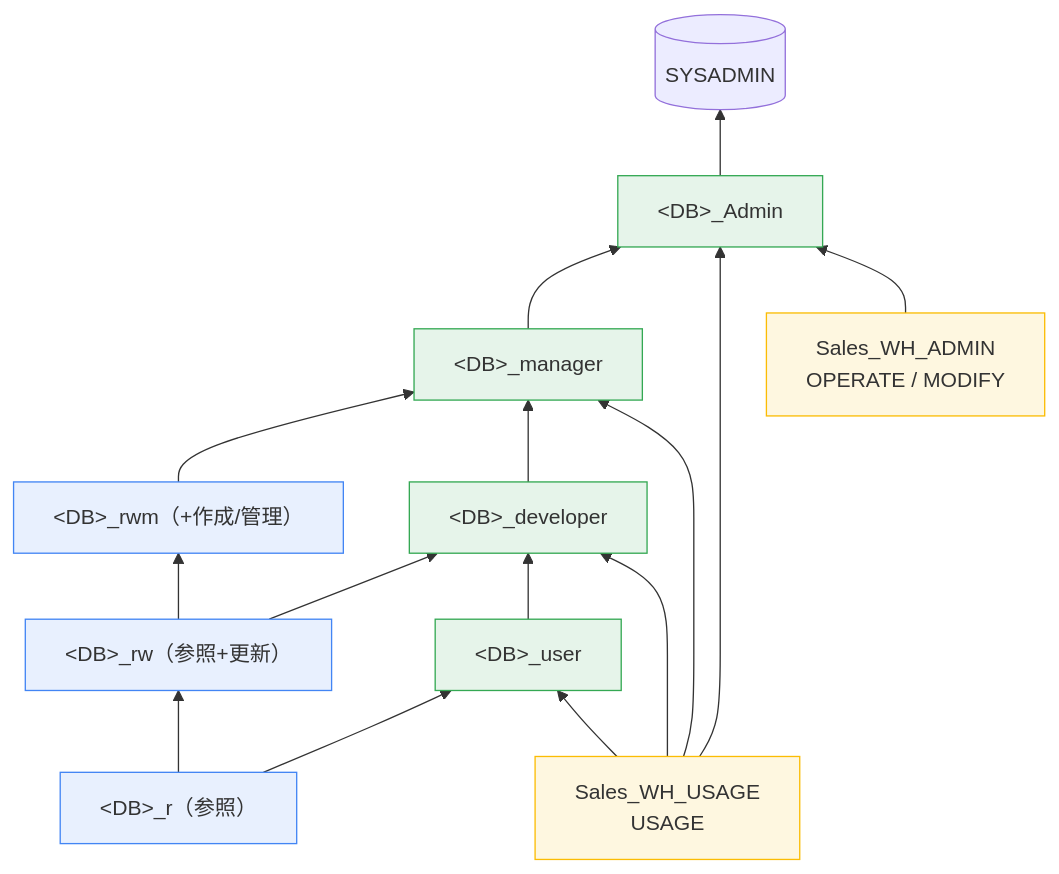
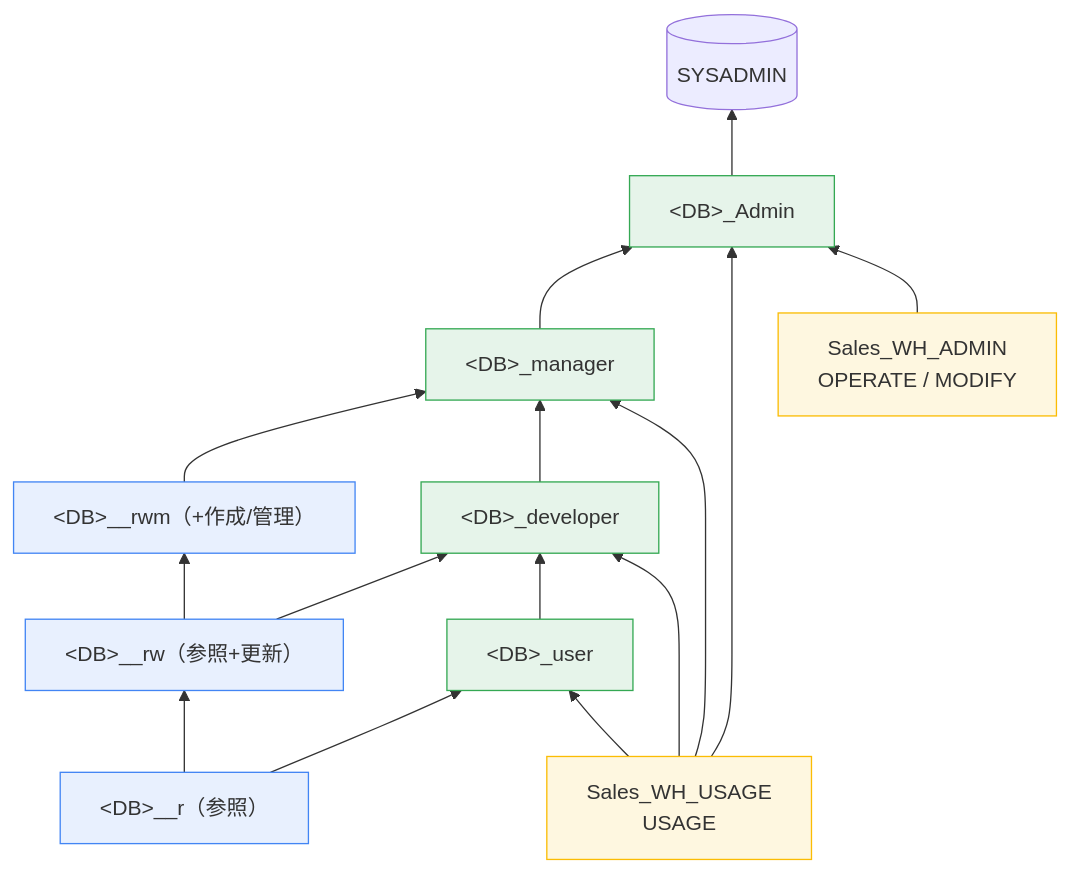
The fourth of 7 diagrams in Snowflake/構成.md (Rihito1024/fujitech_Snowflake_PoC), drawn with Mermaid before and after one commit. The commit also changed other lines of this file and 7 other files, not shown here.

````diff
--- a/Snowflake/構成.md
+++ b/Snowflake/構成.md
@@ -119,24 +119,24 @@
 ```mermaid
 flowchart BT
-    R["&lt;DB&gt;_r（参照）"] --> RW["&lt;DB&gt;_rw（参照+更新）"] --> RWM["&lt;DB&gt;_rwm（+作成/管理）"]
+    R["&lt;DB&gt;__r（参照）"] --> RW["&lt;DB&gt;__rw（参照+更新）"] --> RWM["&lt;DB&gt;__rwm（+作成/管理）"]
 
     R --> USER["&lt;DB&gt;_user"]
     RW --> DEV["&lt;DB&gt;_developer"]
     RWM --> MGR["&lt;DB&gt;_manager"]
 
     USER --> DEV --> MGR --> ADMIN["&lt;DB&gt;_Admin"]
     ADMIN --> SYSADMIN[("SYSADMIN")]
 
     WHU["Sales_WH_USAGE<br/>USAGE"] --> USER
     WHU --> DEV
     WHU --> MGR
     WHU --> ADMIN
     WHA["Sales_WH_ADMIN<br/>OPERATE / MODIFY"] --> ADMIN
 
     classDef access fill:#e8f0fe,stroke:#4285f4;
     classDef func fill:#e6f4ea,stroke:#34a853;
     classDef wh fill:#fef7e0,stroke:#fbbc04;
     class R,RW,RWM access;
     class USER,DEV,MGR,ADMIN func;
     class WHU,WHA wh;
 ```
````
